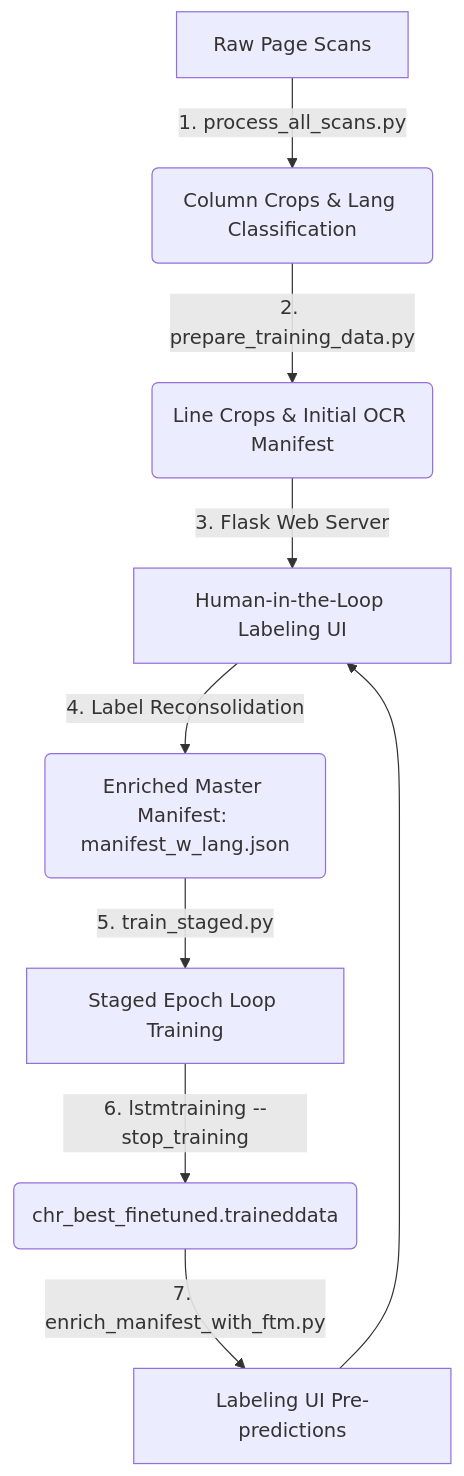
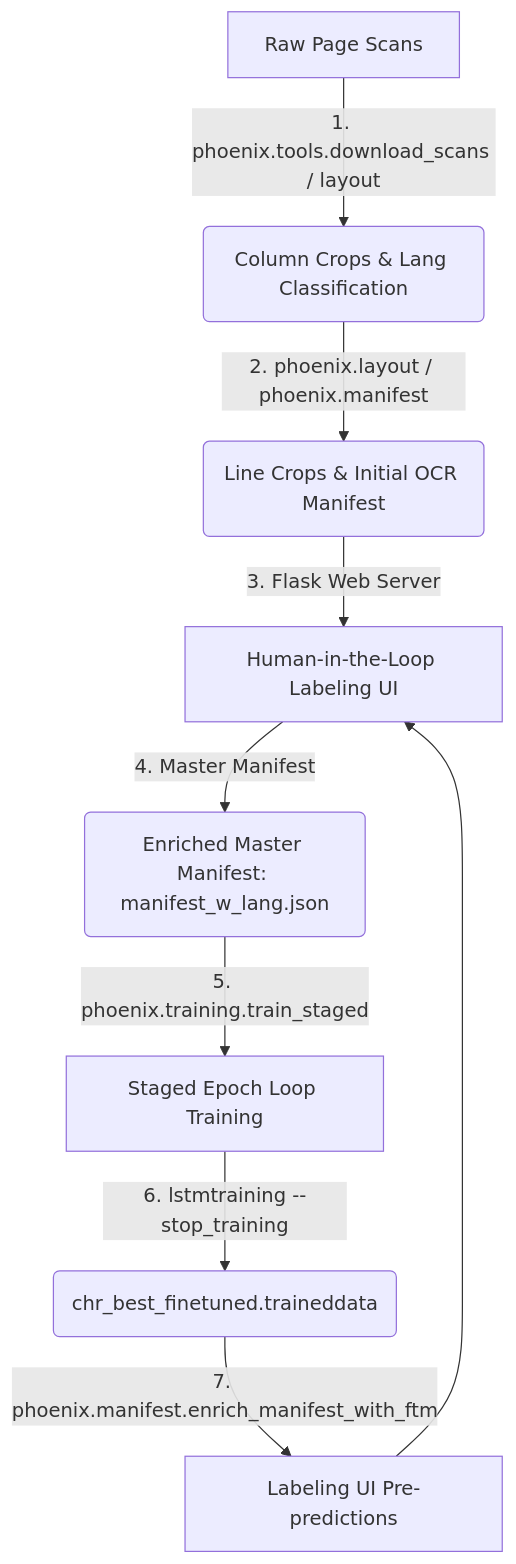
Before and after one commit to CharlieMcVicker/chr-ocr: the diagram in backlog/docs/guides/ocr-operations/doc-13 - Cherokee-OCR-Operations-Guide.md, drawn with Mermaid. The commit also changed other lines of this file and 11 other files, not shown here.

````diff
--- a/backlog/docs/guides/ocr-operations/doc-13 - Cherokee-OCR-Operations-Guide.md
+++ b/backlog/docs/guides/ocr-operations/doc-13 - Cherokee-OCR-Operations-Guide.md
@@ -18,11 +18,11 @@
 ```mermaid
 flowchart TD
-    A[Raw Page Scans] -->|1. process_all_scans.py| B(Column Crops & Lang Classification)
-    B -->|2. prepare_training_data.py| C(Line Crops & Initial OCR Manifest)
+    A[Raw Page Scans] -->|1. phoenix.tools.download_scans / layout| B(Column Crops & Lang Classification)
+    B -->|2. phoenix.layout / phoenix.manifest| C(Line Crops & Initial OCR Manifest)
     C -->|3. Flask Web Server| D[Human-in-the-Loop Labeling UI]
-    D -->|4. Label Reconsolidation| E(Enriched Master Manifest: manifest_w_lang.json)
-    E -->|5. train_staged.py| F[Staged Epoch Loop Training]
+    D -->|4. Master Manifest| E(Enriched Master Manifest: manifest_w_lang.json)
+    E -->|5. phoenix.training.train_staged| F[Staged Epoch Loop Training]
     F -->|6. lstmtraining --stop_training| G(chr_best_finetuned.traineddata)
-    G -->|7. enrich_manifest_with_ftm.py| H[Labeling UI Pre-predictions]
+    G -->|7. phoenix.manifest.enrich_manifest_with_ftm| H[Labeling UI Pre-predictions]
     H --> D
 ```
````
